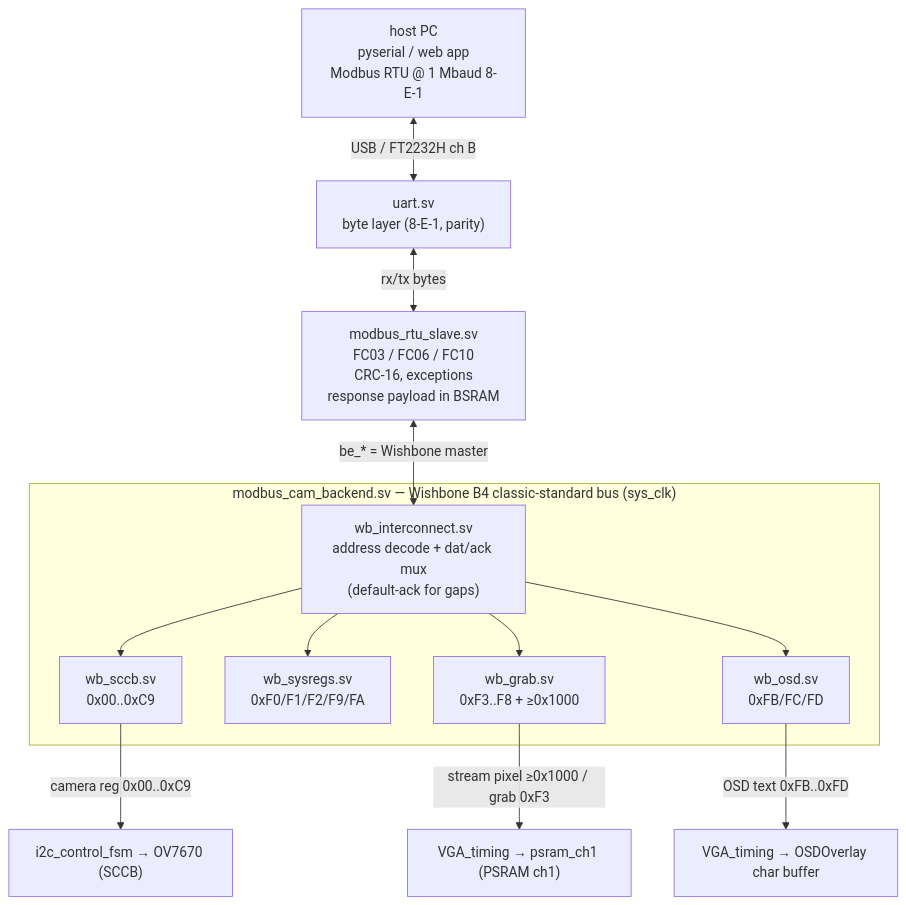
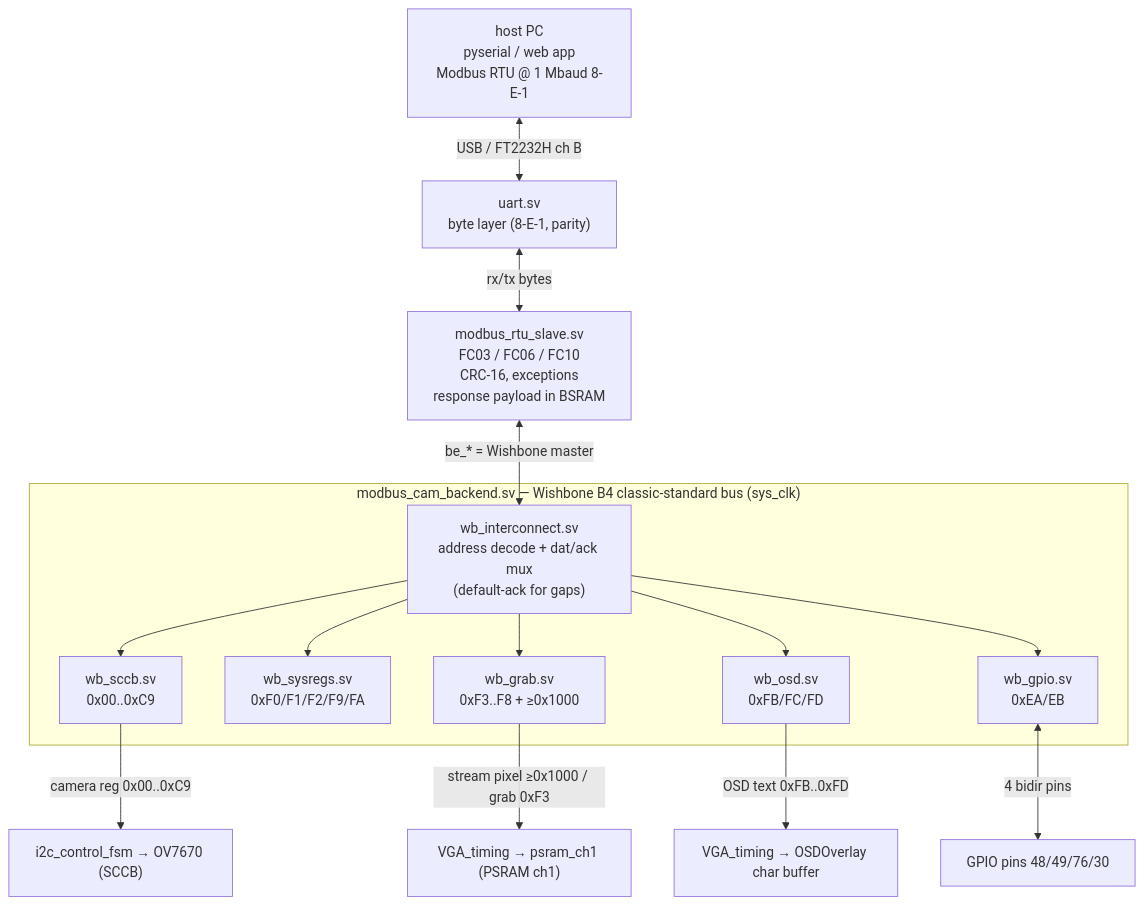
The first of 3 diagrams in doc/modbus_server.md (phoenix367/tang_nano_9K_ov7670), drawn with Mermaid before and after one commit. The commit also changed other lines of this file and 95 other files, not shown here.

````diff
--- a/doc/modbus_server.md
+++ b/doc/modbus_server.md
@@ -19,33 +19,38 @@
 ```mermaid
 flowchart TB
     HOST["host PC<br/>pyserial / web app<br/>Modbus RTU @ 1 Mbaud 8-E-1"]
     UART["uart.sv<br/>byte layer (8-E-1, parity)"]
     SLAVE["modbus_rtu_slave.sv<br/>FC03 / FC06 / FC10<br/>CRC-16, exceptions<br/>response payload in BSRAM"]
     IC["wb_interconnect.sv<br/>address decode + dat/ack mux<br/>(default-ack for gaps)"]
     SCCB["wb_sccb.sv<br/>0x00..0xC9"]
     SYS["wb_sysregs.sv<br/>0xF0/F1/F2/F9/FA"]
     GRAB["wb_grab.sv<br/>0xF3..F8 + ≥0x1000"]
     WOSD["wb_osd.sv<br/>0xFB/FC/FD"]
+    WGPIO["wb_gpio.sv<br/>0xEA/EB"]
     I2C["i2c_control_fsm → OV7670 (SCCB)"]
     CH1["VGA_timing → psram_ch1 (PSRAM ch1)"]
     OSD["VGA_timing → OSDOverlay char buffer"]
+    PINS["GPIO pins 48/49/76/30"]
 
     HOST <-->|"USB / FT2232H ch B"| UART
     UART <-->|"rx/tx bytes"| SLAVE
     SLAVE <-->|"be_* = Wishbone master"| IC
     IC --> SCCB
     IC --> SYS
     IC --> GRAB
     IC --> WOSD
+    IC --> WGPIO
     SCCB -->|"camera reg 0x00..0xC9"| I2C
     GRAB -->|"stream pixel ≥0x1000 / grab 0xF3"| CH1
     WOSD -->|"OSD text 0xFB..0xFD"| OSD
+    WGPIO <-->|"4 bidir pins"| PINS
 
     subgraph WB["modbus_cam_backend.sv — Wishbone B4 classic-standard bus (sys_clk)"]
         IC
         SCCB
         SYS
         GRAB
         WOSD
+        WGPIO
     end
 ```
````
